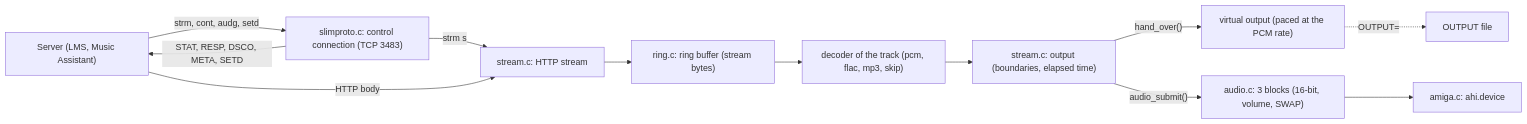
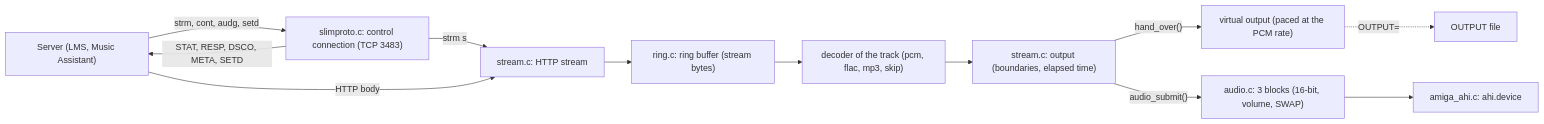
The diagram in docs/development/architecture.md (shadow38/amiga-network-music), drawn with Mermaid before and after one commit. The commit also changed other lines of this file and 9 other files, not shown here.

First line of the commit message:
amiga_ahi.c: the ahi.device calls out of amiga.c (player-19)

````diff
--- a/docs/development/architecture.md
+++ b/docs/development/architecture.md
@@ -58,22 +58,22 @@
 ```mermaid
 flowchart LR
     server["Server (LMS, Music Assistant)"]
     slim["slimproto.c: control connection (TCP 3483)"]
     http["stream.c: HTTP stream"]
     ring["ring.c: ring buffer (stream bytes)"]
     dec["decoder of the track (pcm, flac, mp3, skip)"]
     out["stream.c: output (boundaries, elapsed time)"]
     virt["virtual output (paced at the PCM rate)"]
     file["OUTPUT file"]
     blocks["audio.c: 3 blocks (16-bit, volume, SWAP)"]
-    ahi["amiga.c: ahi.device"]
+    ahi["amiga_ahi.c: ahi.device"]
 
     server -->|"strm, cont, audg, setd"| slim
     slim -->|"STAT, RESP, DSCO, META, SETD"| server
     slim -->|"strm s"| http
     server -->|"HTTP body"| http
     http --> ring --> dec --> out
     out -->|"hand_over()"| virt
     virt -.->|"OUTPUT="| file
     out -->|"audio_submit()"| blocks --> ahi
 ```
````
